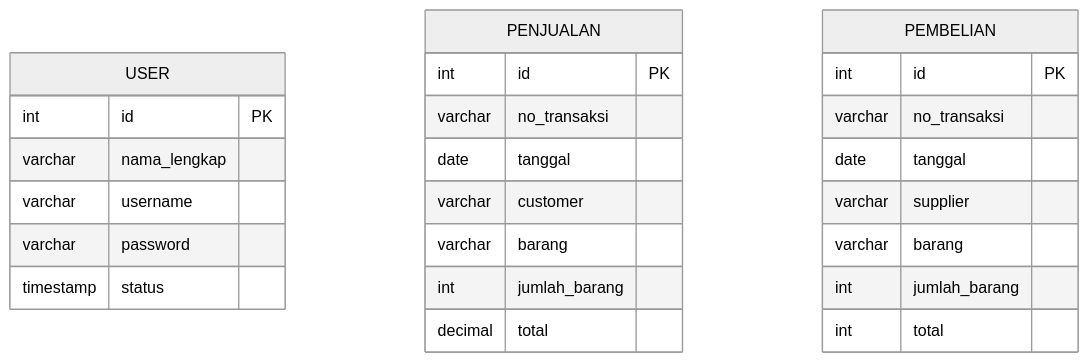
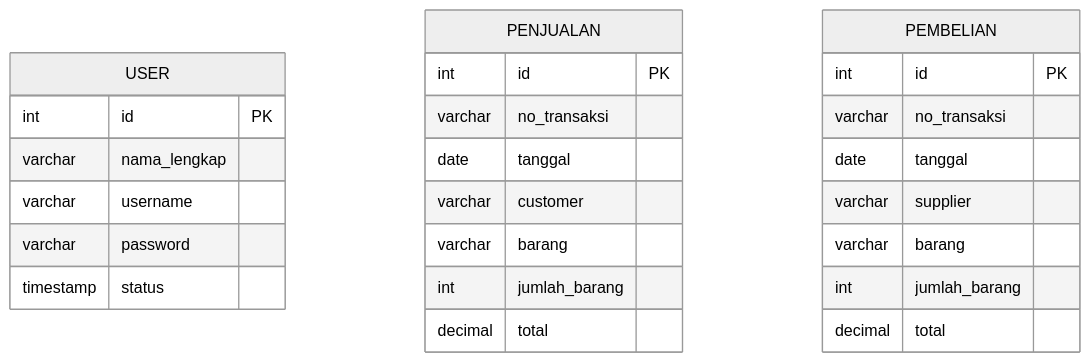
One commit to winanda150/phone-store-crud changed the second of 2 diagrams in README.md. Above: the diagram before and after it, drawn with Mermaid (neutral theme). The commit also changed other lines of this file and 2002 other files, not shown here.

````diff
--- a/README.md
+++ b/README.md
@@ -123,28 +123,28 @@
 ```mermaid
 erDiagram
     USER {
         int id PK
         varchar nama_lengkap
         varchar username
         varchar password
         timestamp status
     }
     PENJUALAN {
         int id PK
         varchar no_transaksi
         date tanggal
         varchar customer
         varchar barang
         int jumlah_barang
         decimal total
     }
     PEMBELIAN {
         int id PK
         varchar no_transaksi
         date tanggal
         varchar supplier
         varchar barang
         int jumlah_barang
-        int total
+        decimal total
     }
 ```
````
